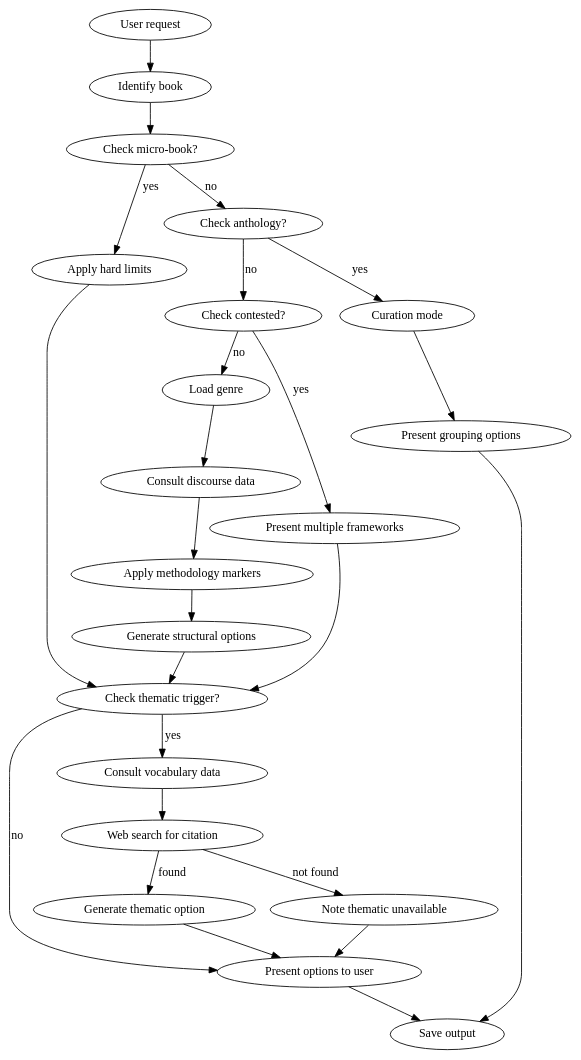
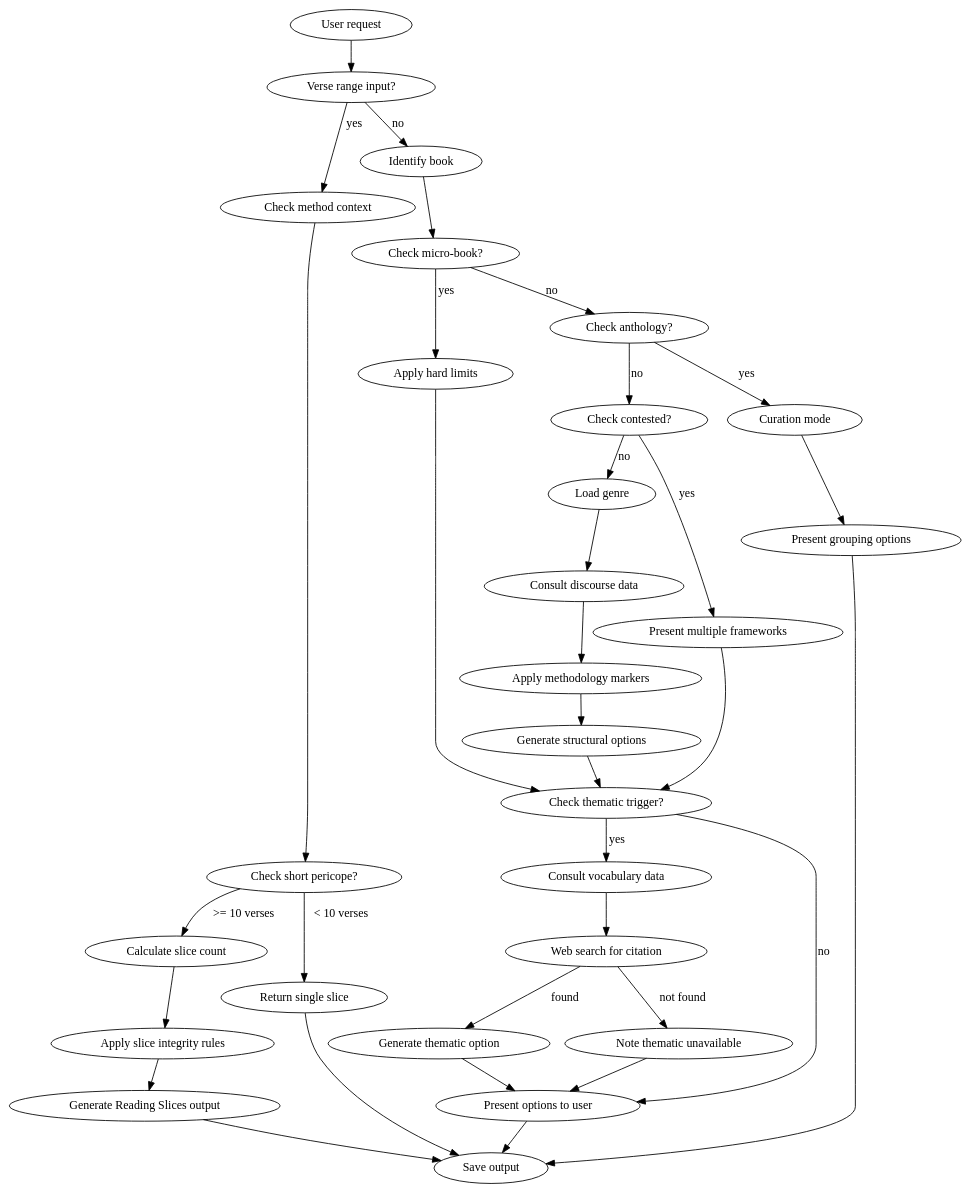
Before and after one commit to davebream/claude-of-alexandria: the diagram in plugins/claude-of-alexandria/skills/biblical-segmentation/SKILL.md, drawn with Graphviz. The commit also changed other lines of this file and 3 other files, not shown here.

First line of the commit message:
feat(biblical-segmentation): add Reading Slices feature and tests

````diff
--- a/plugins/claude-of-alexandria/skills/biblical-segmentation/SKILL.md
+++ b/plugins/claude-of-alexandria/skills/biblical-segmentation/SKILL.md
@@ -144,31 +207,44 @@
 ```dot
 digraph workflow {
-  "User request" -> "Identify book";
+  "User request" -> "Verse range input?";
+
+  // Slice mode branch (Rule 9)
+  "Verse range input?" -> "Check method context" [label="yes"];
+  "Verse range input?" -> "Identify book" [label="no"];
+  "Check method context" -> "Check short pericope?";
+  "Check short pericope?" -> "Return single slice" [label="< 10 verses"];
+  "Check short pericope?" -> "Calculate slice count" [label=">= 10 verses"];
+  "Calculate slice count" -> "Apply slice integrity rules";
+  "Apply slice integrity rules" -> "Generate Reading Slices output";
+  "Generate Reading Slices output" -> "Save output";
+  "Return single slice" -> "Save output";
+
+  // Segmentation mode (existing)
   "Identify book" -> "Check micro-book?";
   "Check micro-book?" -> "Apply hard limits" [label="yes"];
   "Check micro-book?" -> "Check anthology?" [label="no"];
   "Check anthology?" -> "Curation mode" [label="yes"];
   "Check anthology?" -> "Check contested?" [label="no"];
   "Check contested?" -> "Present multiple frameworks" [label="yes"];
   "Check contested?" -> "Load genre" [label="no"];
   "Load genre" -> "Consult discourse data";
   "Consult discourse data" -> "Apply methodology markers";
   "Apply methodology markers" -> "Generate structural options";
 
   // Thematic branch (steps 6b, 7b)
   "Generate structural options" -> "Check thematic trigger?";
   "Check thematic trigger?" -> "Consult vocabulary data" [label="yes"];
   "Check thematic trigger?" -> "Present options to user" [label="no"];
   "Consult vocabulary data" -> "Web search for citation";
   "Web search for citation" -> "Generate thematic option" [label="found"];
   "Web search for citation" -> "Note thematic unavailable" [label="not found"];
   "Generate thematic option" -> "Present options to user";
   "Note thematic unavailable" -> "Present options to user";
 
   "Present multiple frameworks" -> "Check thematic trigger?";
   "Apply hard limits" -> "Check thematic trigger?";
   "Present options to user" -> "Save output";
   "Curation mode" -> "Present grouping options";
   "Present grouping options" -> "Save output";
 }
 ```
````
